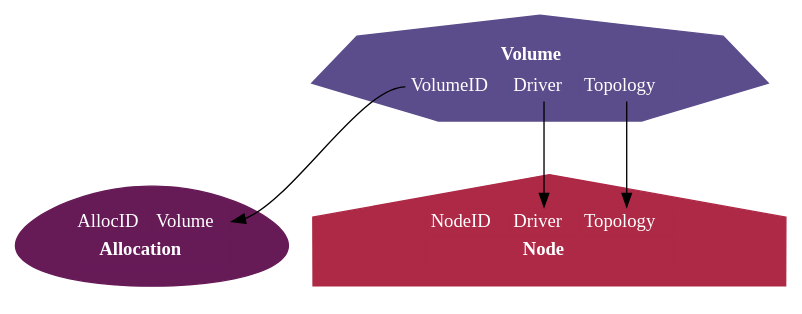
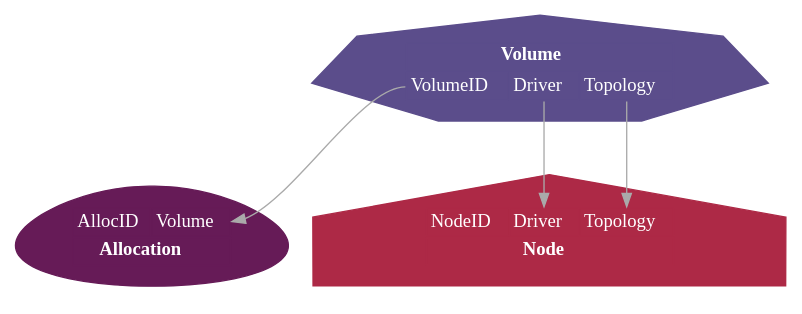
One commit to langmartin/nomad-dev changed the diagram in doc/csi_volumes.dot. Above: the diagram before and after it, drawn with Graphviz.

Commit message:
grey edges to show on color & white

```diff
--- a/doc/csi_volumes.dot
+++ b/doc/csi_volumes.dot
@@ -1,50 +1,50 @@
 digraph {
 	// bgcolor="black"
-	// edge[color="white"]
+	edge[color="#aaaaaa"]
 
 	// blue
 	node[style="filled" color="#5B4D8B" shape="septagon" fontcolor="white"]
 	// vol[shape="record" label="<id> VolumeID|<dr> Driver"]
 	vol[label=<<table border="0" cellborder="1" cellspacing="1">
 	    <tr><td colspan="3"><b>Volume</b></td></tr><tr>
 	       <td port="id">VolumeID</td>
 	       <td port="dr">Driver</td>
 	       <td port="tp">Topology</td>
 	       </tr></table>>]
 
 	// purple
 	node[color="#661B57" shape="egg"]
 	// alloc[shape="record" label="<id> AllocID|<vol> Volume"]
 	alloc[label=<<table border="0" cellborder="1" cellspacing="1">
 	      <tr>
 	       <td port="id">AllocID</td>
 	       <td port="vol">Volume</td>
 	      </tr>
 	      <tr><td colspan="2"><b>Allocation</b></td></tr>
 	      </table>>]
 
 	// red
 	node[color="#AD2946" shape="house"]
 	// nnode[shape="record" label="<id> NodeID|<dr> Driver|..."]
 	nnode[label=<<table border="0" cellborder="1" cellspacing="1">
 	      <tr>
 	       <td port="id">NodeID</td>
 	       <td port="dr">Driver</td>
 	       <td port="tp">Topology</td>
 	      </tr>
 	      <tr><td colspan="3"><b>Node</b></td></tr>
 	      </table>>]
 
 	vol:id -> alloc:vol
 	vol:dr -> nnode:dr
 	vol:tp -> nnode:tp
 
 	// alloc:vol -> vol:id
 	// nnode:dr -> vol:dr
 
 	// orange
 	// node[color="#DB411F" shape="diamond"]
 
 	// yellow
 	// node[color="#E78F28" shape="square"]
 }
```
